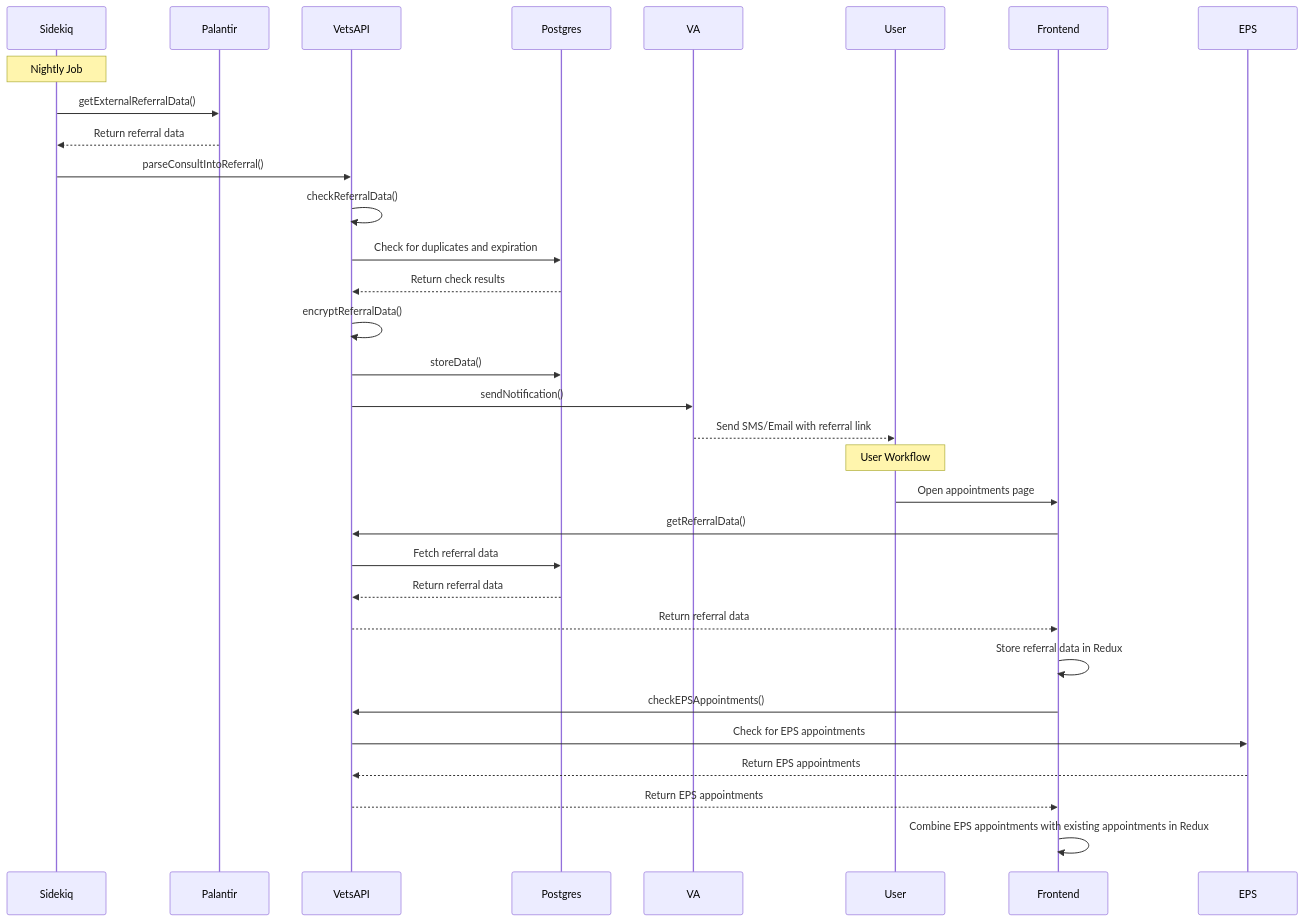
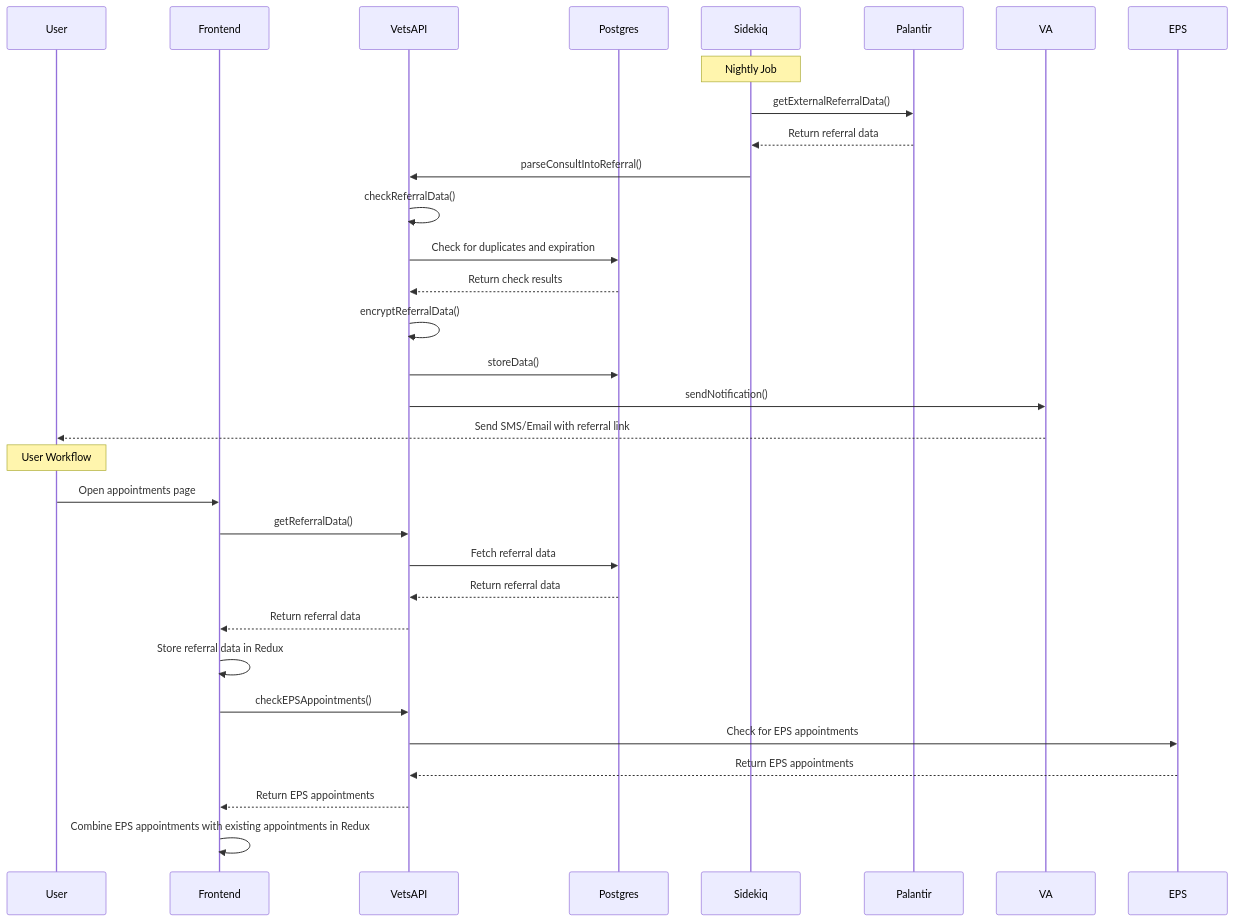
The third of 5 diagrams in products/health-care/appointments/va-online-scheduling/engineering/architecture/community-care-technical-documentation.md (department-of-veterans-affairs/va.gov-team), drawn with Mermaid before and after one commit. The commit also changed other lines of this file, not shown here.

````diff
--- a/products/health-care/appointments/va-online-scheduling/engineering/architecture/community-care-technical-documentation.md
+++ b/products/health-care/appointments/va-online-scheduling/engineering/architecture/community-care-technical-documentation.md
@@ -106,36 +106,36 @@
 ```mermaid
 sequenceDiagram
+    participant User
+    participant Frontend
+    participant VetsAPI
+    participant Postgres
     participant Sidekiq
     participant Palantir
-    participant VetsAPI
-    participant Postgres
     participant VA
-    participant User
-    participant Frontend
     participant EPS
 
     Note over Sidekiq: Nightly Job
     Sidekiq->>Palantir: getExternalReferralData()
     Palantir-->>Sidekiq: Return referral data
     Sidekiq->>VetsAPI: parseConsultIntoReferral()
     VetsAPI->>VetsAPI: checkReferralData()
     VetsAPI->>Postgres: Check for duplicates and expiration
     Postgres-->>VetsAPI: Return check results
     VetsAPI->>VetsAPI: encryptReferralData()
     VetsAPI->>Postgres: storeData()
     VetsAPI->>VA: sendNotification()
     VA-->>User: Send SMS/Email with referral link
 
     Note over User: User Workflow
     User->>Frontend: Open appointments page
     Frontend->>VetsAPI: getReferralData()
     VetsAPI->>Postgres: Fetch referral data
     Postgres-->>VetsAPI: Return referral data
     VetsAPI-->>Frontend: Return referral data
     Frontend->>Frontend: Store referral data in Redux
     Frontend->>VetsAPI: checkEPSAppointments()
     VetsAPI->>EPS: Check for EPS appointments
     EPS-->>VetsAPI: Return EPS appointments
     VetsAPI-->>Frontend: Return EPS appointments
     Frontend->>Frontend: Combine EPS appointments with existing appointments in Redux
 ```
````
